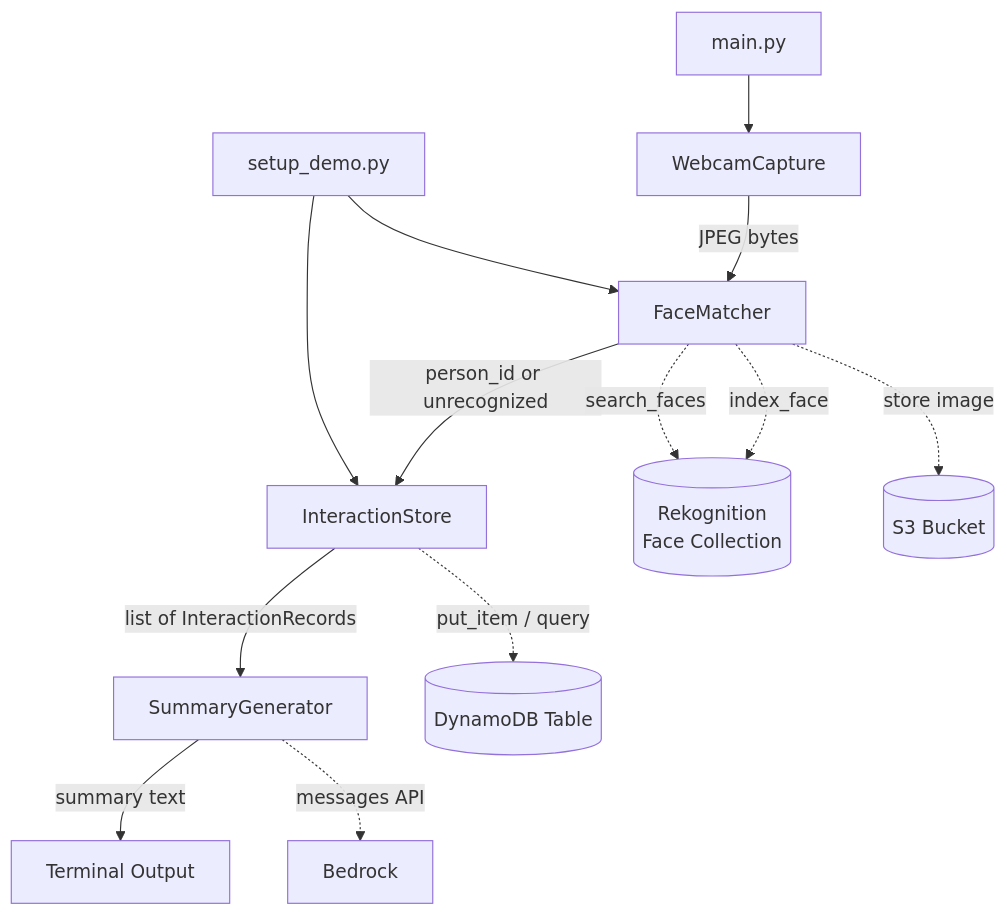
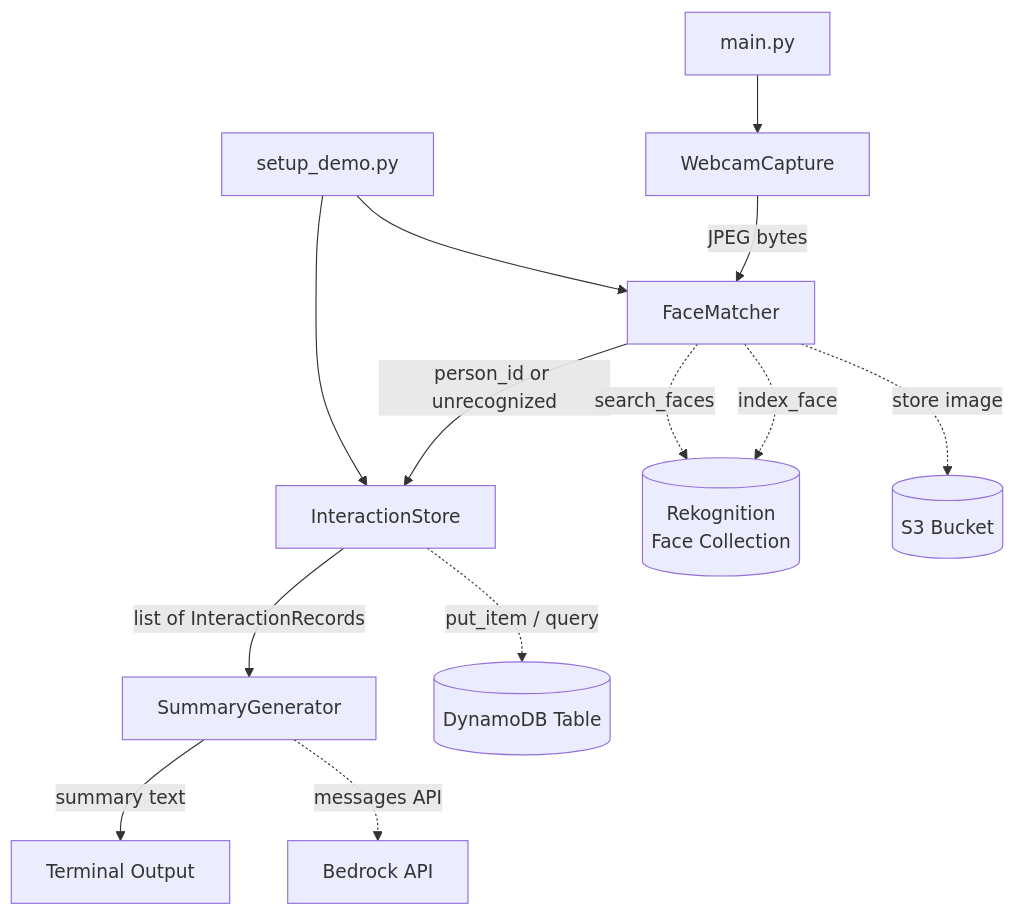
One commit to Yaahh-Jet/remember-me changed the diagram in .kiro/specs/dementia-face-recognition-assistant/design.md. Above: the diagram before and after it, drawn with Mermaid.

````diff
--- a/.kiro/specs/dementia-face-recognition-assistant/design.md
+++ b/.kiro/specs/dementia-face-recognition-assistant/design.md
@@ -21,17 +21,17 @@
 ```mermaid
 flowchart TD
     A[main.py] --> B[WebcamCapture]
     B -->|JPEG bytes| C[FaceMatcher]
     C -->|person_id or unrecognized| D[InteractionStore]
     D -->|list of InteractionRecords| E[SummaryGenerator]
     E -->|summary text| F[Terminal Output]
 
     C -.->|index_face| G[(Rekognition\nFace Collection)]
     C -.->|search_faces| G
     C -.->|store image| H[(S3 Bucket)]
     D -.->|put_item / query| I[(DynamoDB Table)]
-    E -.->|messages API| J[Bedrock]
+    E -.->|messages API| J[Bedrock API]
 
     K[setup_demo.py] --> C
     K --> D
 ```
````
